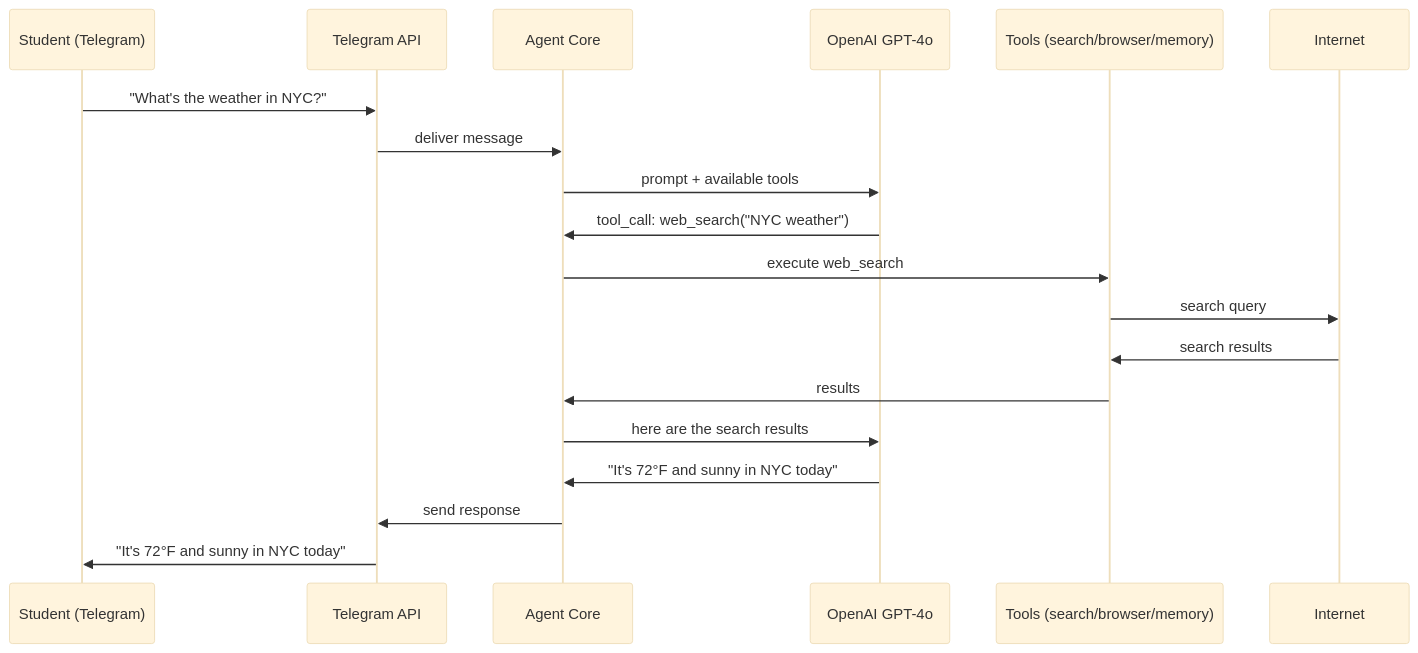
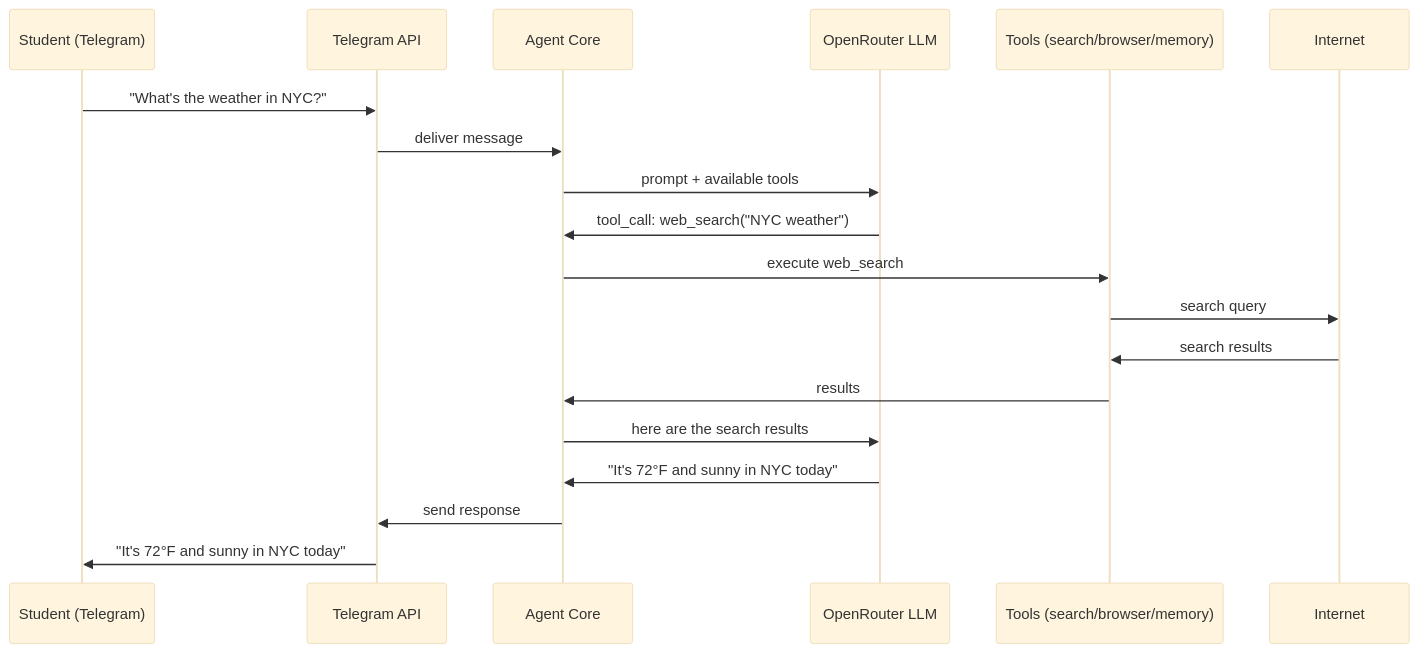
Before and after one commit to byrash/agents-course: the second of 3 diagrams in COURSE_PLAN.md, drawn with Mermaid (base theme). The commit also changed other lines of this file and 26 other files, not shown here.

````diff
--- a/COURSE_PLAN.md
+++ b/COURSE_PLAN.md
@@ -323,26 +390,26 @@
 ```mermaid
 sequenceDiagram
     participant S as Student (Telegram)
     participant T as Telegram API
     participant A as Agent Core
-    participant LLM as OpenAI GPT-4o
+    participant LLM as OpenRouter LLM
     participant Tool as Tools (search/browser/memory)
     participant Web as Internet
 
     S->>T: "What's the weather in NYC?"
     T->>A: deliver message
 
     A->>LLM: prompt + available tools
     LLM->>A: tool_call: web_search("NYC weather")
 
     A->>Tool: execute web_search
     Tool->>Web: search query
     Web->>Tool: search results
     Tool->>A: results
 
     A->>LLM: here are the search results
     LLM->>A: "It's 72°F and sunny in NYC today"
 
     A->>T: send response
     T->>S: "It's 72°F and sunny in NYC today"
 ```
````
